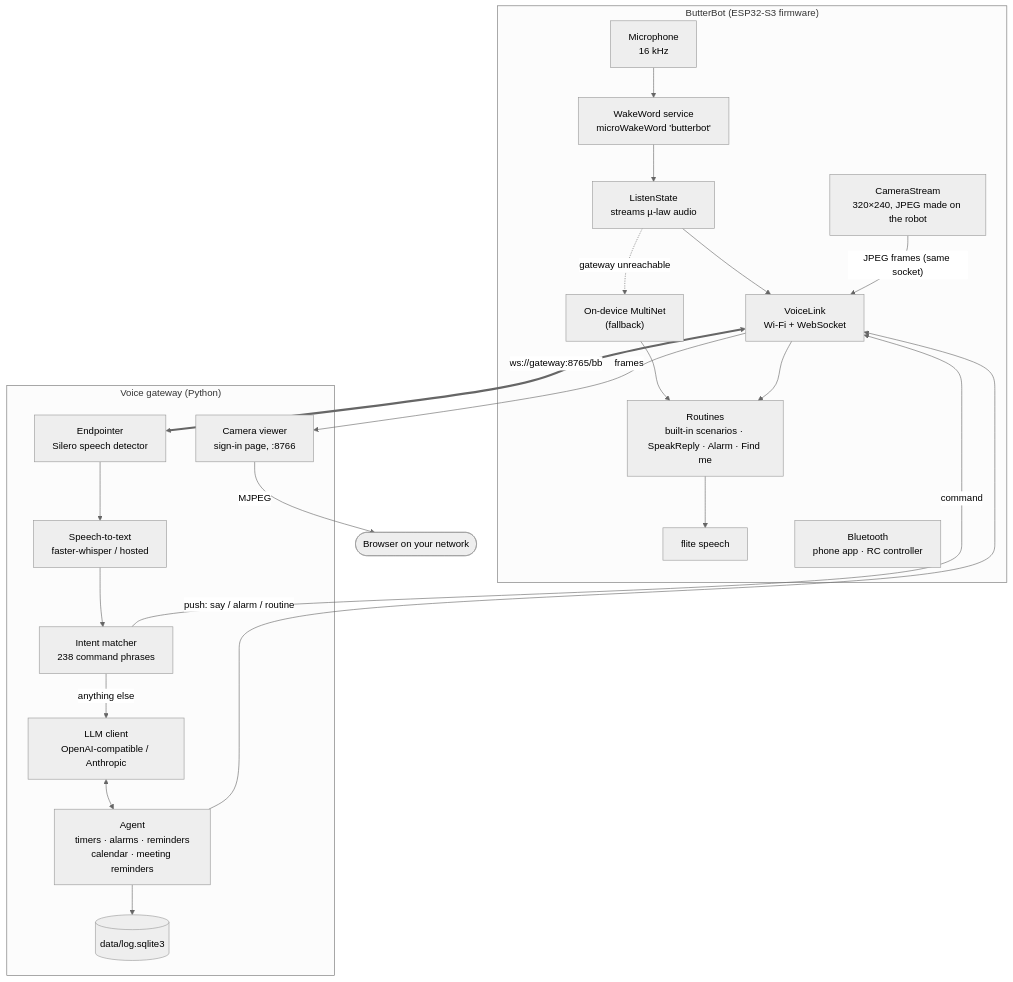
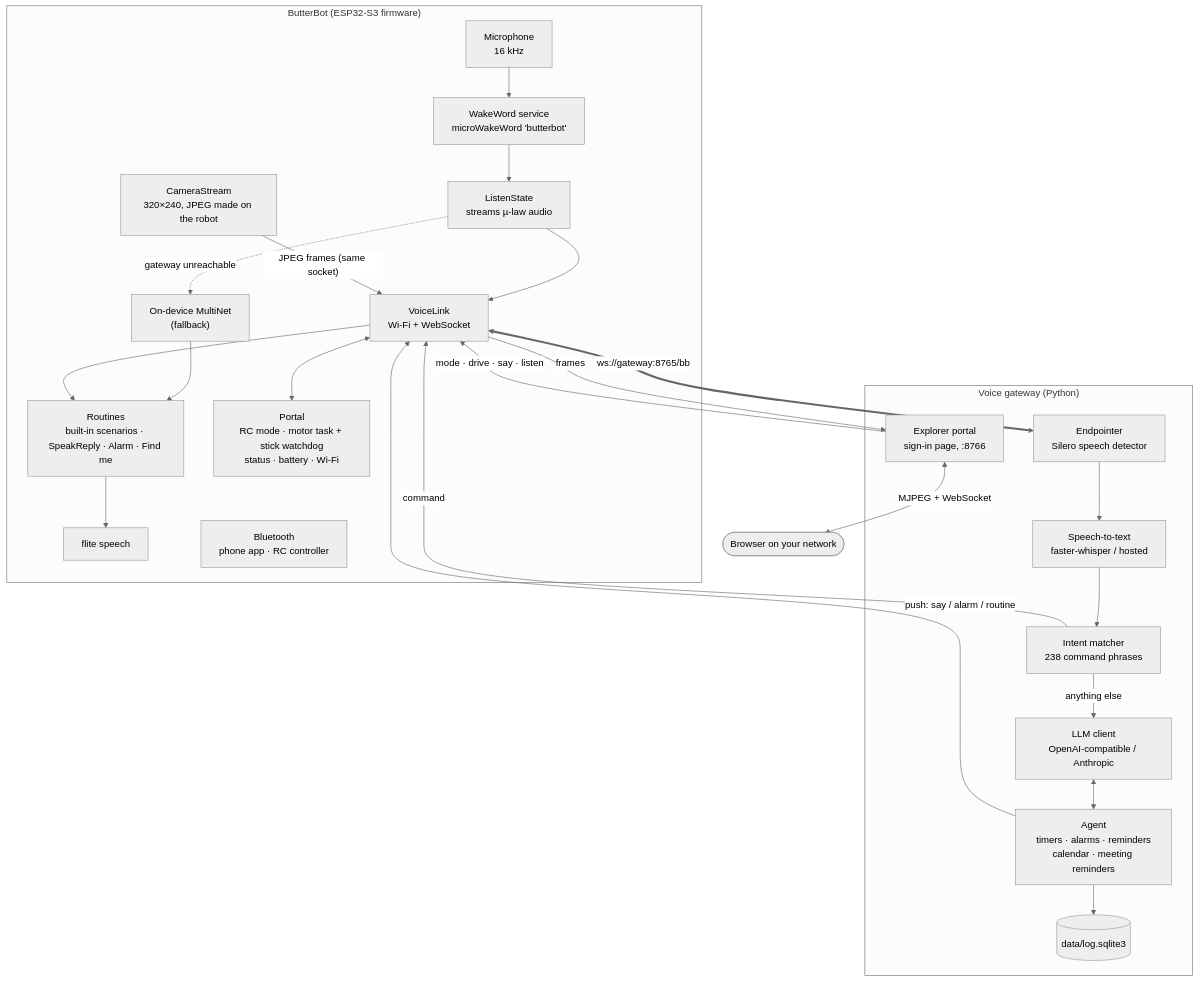
The first of 5 diagrams in docs/ARCHITECTURE.md (mutedmouse/BetterButterBot), drawn with Mermaid (neutral theme) before and after one commit. The commit also changed other lines of this file and 26 other files, not shown here.

Commit message:
BetterButterBot v1.0.2: explorer mode

````diff
--- a/docs/ARCHITECTURE.md
+++ b/docs/ARCHITECTURE.md
@@ -5,36 +5,39 @@
 ```mermaid
 flowchart TB
     subgraph robot["ButterBot (ESP32-S3 firmware)"]
         mic["Microphone<br/>16 kHz"]
         ww["WakeWord service<br/>microWakeWord 'butterbot'"]
         ls["ListenState<br/>streams µ-law audio"]
         vl["VoiceLink<br/>Wi-Fi + WebSocket"]
         mn["On-device MultiNet<br/>(fallback)"]
         rt["Routines<br/>built-in scenarios · SpeakReply · Alarm · Find me"]
+        portal_fw["Portal<br/>RC mode · motor task + stick watchdog<br/>status · battery · Wi-Fi"]
         cam["CameraStream<br/>320×240, JPEG made on the robot"]
         tts["flite speech"]
         ble["Bluetooth<br/>phone app · RC controller"]
     end
     subgraph gw["Voice gateway (Python)"]
         ep["Endpointer<br/>Silero speech detector"]
         stt["Speech-to-text<br/>faster-whisper / hosted"]
         im["Intent matcher<br/>238 command phrases"]
         chat["LLM client<br/>OpenAI-compatible / Anthropic"]
         agent["Agent<br/>timers · alarms · reminders<br/>calendar · meeting reminders"]
-        viewer["Camera viewer<br/>sign-in page, :8766"]
+        viewer["Explorer portal<br/>sign-in page, :8766"]
         db[("data/log.sqlite3")]
     end
     mic --> ww --> ls
     ls --> vl
     ls -. gateway unreachable .-> mn --> rt
     vl <== "ws://gateway:8765/bb" ==> ep
     ep --> stt --> im
     im -- "command" --> vl
     im -- "anything else" --> chat <--> agent
     agent --> db
     agent -- "push: say / alarm / routine" --> vl
     vl --> rt --> tts
     cam -- "JPEG frames (same socket)" --> vl
     vl -- frames --> viewer
-    viewer -- "MJPEG" --> browser([Browser on your network])
+    viewer -- "mode · drive · say · listen" --> vl
+    vl <--> portal_fw
+    viewer <-- "MJPEG + WebSocket" --> browser([Browser on your network])
 ```
````
